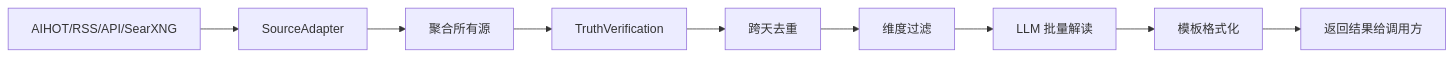
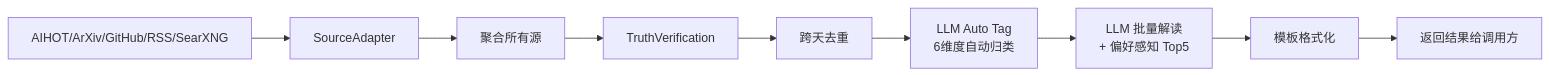
Before and after one commit to xinovate/linglong-knowledge: the diagram in docs/ingest/README.md, drawn with Mermaid. The commit also changed other lines of this file and 16 other files, not shown here.

````diff
--- a/docs/ingest/README.md
+++ b/docs/ingest/README.md
@@ -38,11 +39,11 @@
 ```mermaid
 graph LR
-    A[AIHOT/RSS/API/SearXNG] --> B[SourceAdapter]
+    A[AIHOT/ArXiv/GitHub/RSS/SearXNG] --> B[SourceAdapter]
     B --> C[聚合所有源]
     C --> D[TruthVerification]
     D --> E[跨天去重]
-    E --> F[维度过滤]
-    F --> G[LLM 批量解读]
+    E --> F[LLM Auto Tag<br/>6维度自动归类]
+    F --> G[LLM 批量解读<br/>+ 偏好感知 Top5]
     G --> H[模板格式化]
     H --> I[返回结果给调用方]
 ```
````
